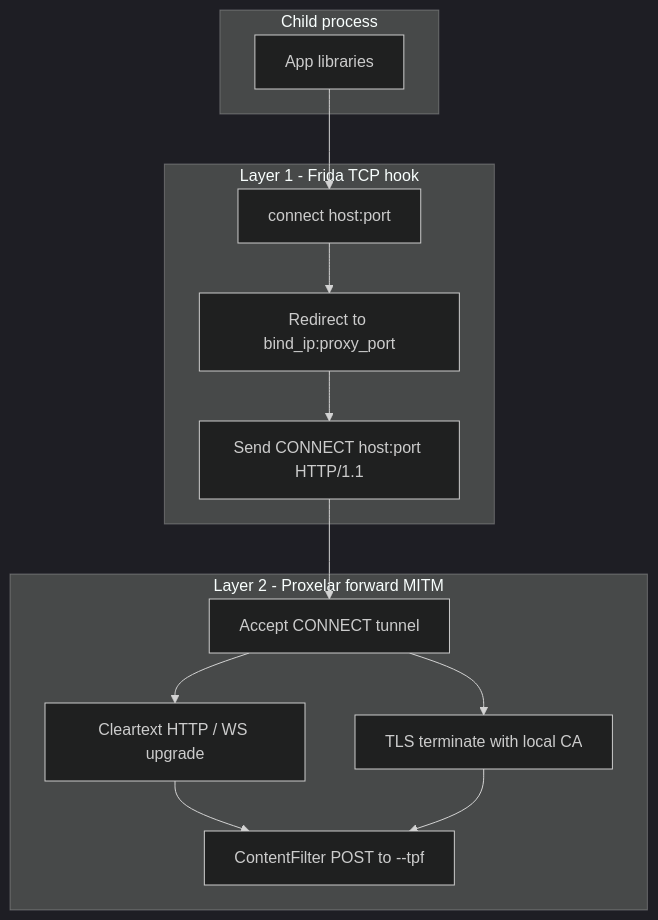
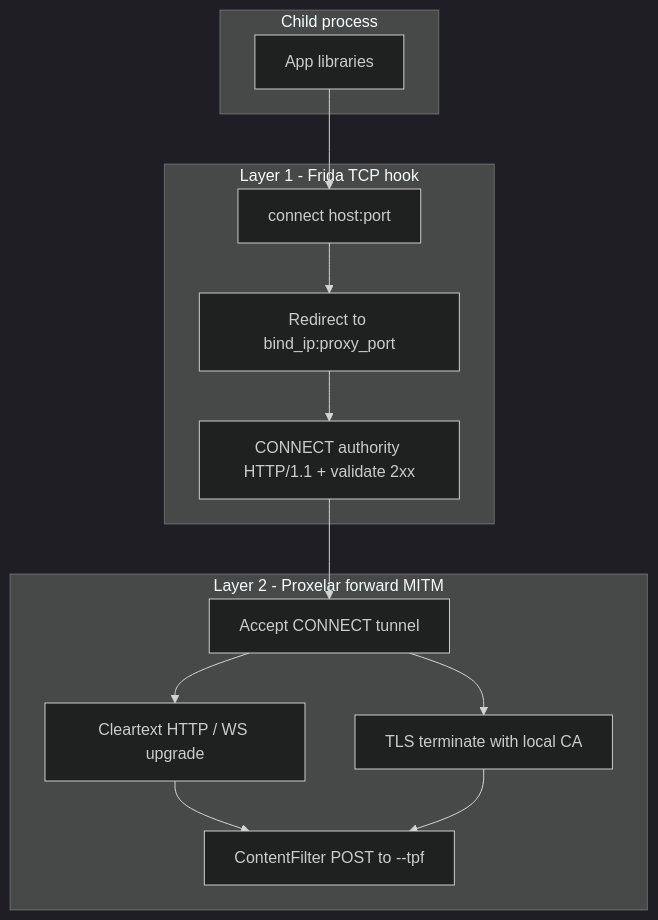
Before and after one commit to Sparse-Dynamix/guardian: the diagram in AGENTS.md, drawn with Mermaid (dark theme). The commit also changed other lines of this file and 27 other files, not shown here.

````diff
--- a/AGENTS.md
+++ b/AGENTS.md
@@ -22,20 +22,20 @@
 ```mermaid
 flowchart TB
     subgraph child [Child process]
         App[App libraries]
     end
     subgraph layer1 [Layer 1 - Frida TCP hook]
         Connect[connect host:port]
         Redirect[Redirect to bind_ip:proxy_port]
-        SyntheticCONNECT["Send CONNECT host:port HTTP/1.1"]
+        SyntheticCONNECT["CONNECT authority HTTP/1.1 + validate 2xx"]
     end
     subgraph layer2 [Layer 2 - Proxelar forward MITM]
         Forward[Accept CONNECT tunnel]
         Cleartext[Cleartext HTTP / WS upgrade]
         TLS[TLS terminate with local CA]
         Filter[ContentFilter POST to --tpf]
     end
     App --> Connect --> Redirect --> SyntheticCONNECT --> Forward
     Forward --> Cleartext --> Filter
     Forward --> TLS --> Filter
 ```
````
